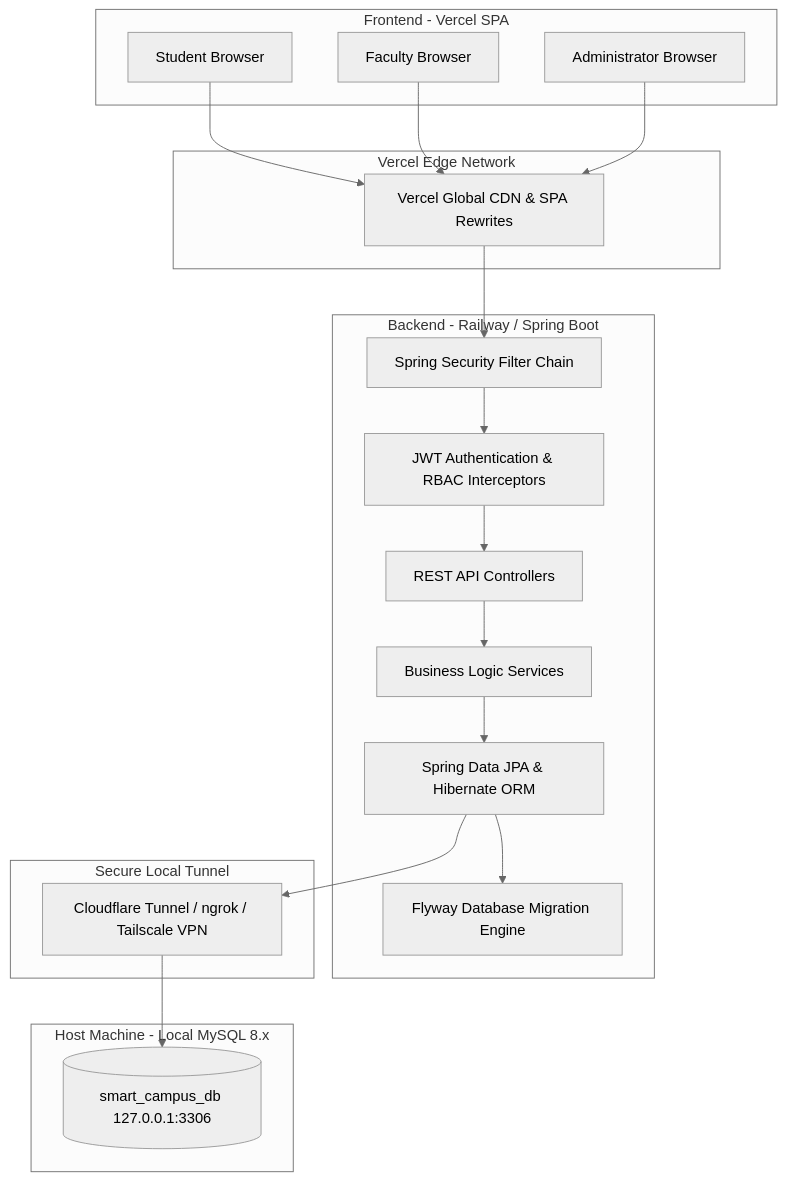
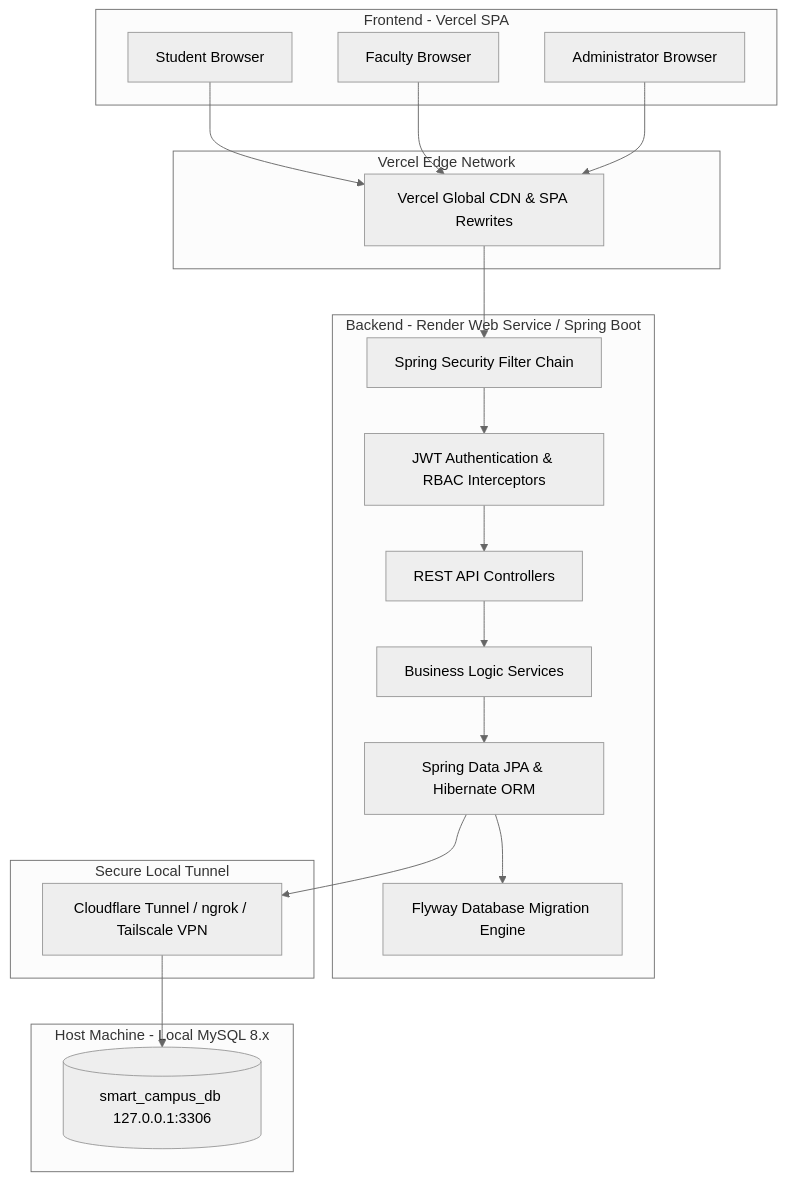
One commit to koushikneela25-web/smart-campus-super-app changed the first of 2 diagrams in docs/architecture.md. Above: the diagram before and after it, drawn with Mermaid (neutral theme). The commit also changed other lines of this file and 29 other files, not shown here.

Commit message:
feat: complete Smart Campus Super App with Render Web Service, Vercel, local MySQL, comprehensive docs and 17 unit tests

````diff
--- a/docs/architecture.md
+++ b/docs/architecture.md
@@ -10,41 +10,41 @@
 ```mermaid
 graph TD
     subgraph Client Tier [Frontend - Vercel SPA]
         A[Student Browser]
         B[Faculty Browser]
         C[Administrator Browser]
     end
 
     subgraph CDN & Edge [Vercel Edge Network]
         D[Vercel Global CDN & SPA Rewrites]
     end
 
-    subgraph Application Tier [Backend - Railway / Spring Boot]
+    subgraph Application Tier [Backend - Render Web Service / Spring Boot]
         E[Spring Security Filter Chain]
         F[JWT Authentication & RBAC Interceptors]
         G[REST API Controllers]
         H[Business Logic Services]
         I[Spring Data JPA & Hibernate ORM]
         J[Flyway Database Migration Engine]
     end
 
     subgraph Secure Ingress [Secure Local Tunnel]
         K[Cloudflare Tunnel / ngrok / Tailscale VPN]
     end
 
     subgraph Data Tier [Host Machine - Local MySQL 8.x]
         L[(smart_campus_db 127.0.0.1:3306)]
     end
 
     A --> D
     B --> D
     C --> D
     D --> E
     E --> F
     F --> G
     G --> H
     H --> I
     I --> J
     I --> K
     K --> L
 ```
````
